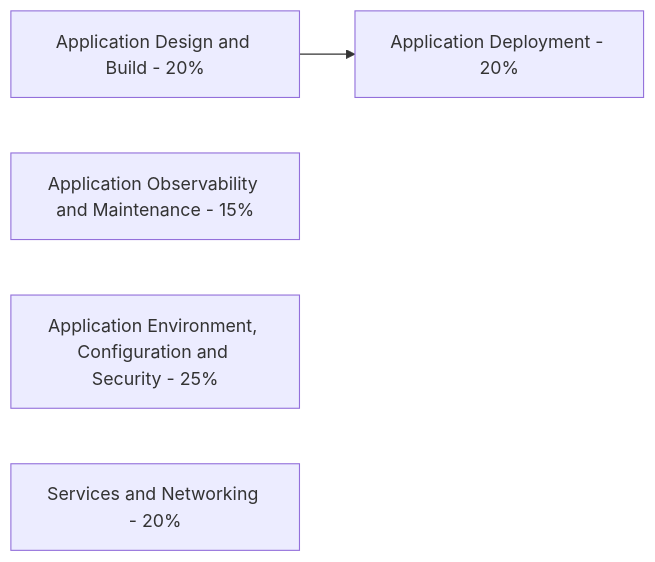
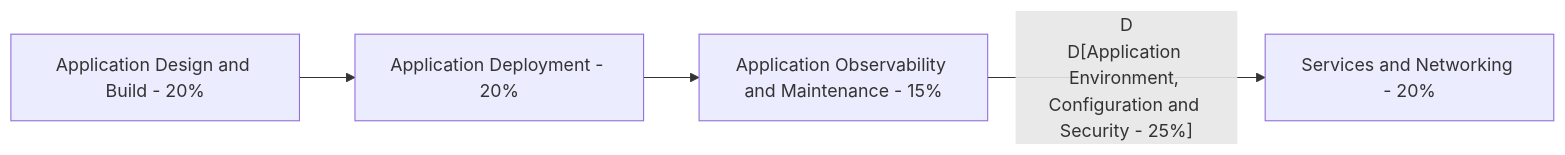
The diagram in README.md (edithturn/CKAD-training), drawn with Mermaid before and after one commit.

Commit message:
CKAD 2021 domain

````diff
--- a/README.md
+++ b/README.md
@@ -13,8 +13,8 @@
 ```mermaid
 flowchart LR
 A[Application Design and Build - 20%] --> B
-B[Application Deployment - 20%]
-C[Application Observability and Maintenance - 15%] 
-D[Application Environment, Configuration and Security - 25%] 
+B[Application Deployment - 20%] --> C
+C[Application Observability and Maintenance - 15%] -- D
+D[Application Environment, Configuration and Security - 25%]  --> E
 E[Services and Networking - 20%]
 ```
````
